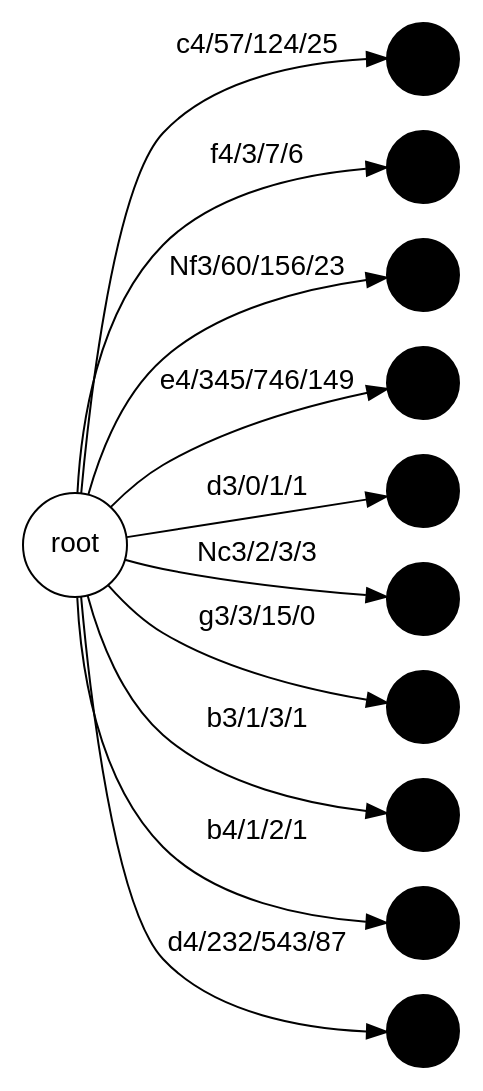
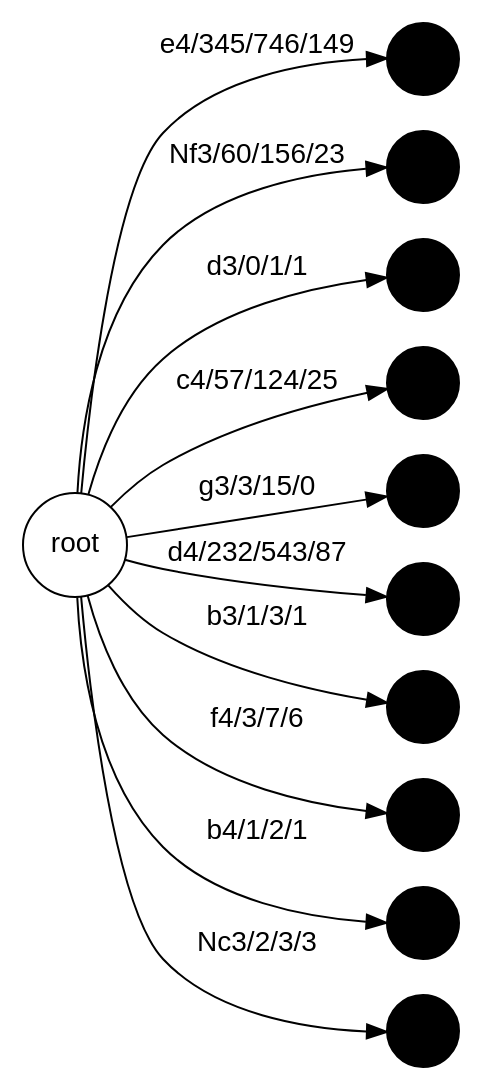
Before and after one commit to bjerkemj/chess-statistics: the diagram in allOpeningsTree.dot, drawn with Graphviz. The commit also changed 3 other files, not shown here.

```diff
--- a/allOpeningsTree.dot
+++ b/allOpeningsTree.dot
@@ -1,29 +1,29 @@
 digraph g {
 fontname="Helvetica,Arial,sans-serif"
 node [fontname="Helvetica,Arial,sans-serif" filledcolor = "white" label = "" style = "filled" shape = "circle" ]
 edge [fontname="Helvetica,Arial,sans-serif"]
 graph [fontsize=30 labelloc="t" label="" splines=true overlap=false rankdir = "LR"];
 ratio = auto;
-"rootW704D1600L296_VAPtOAsMMuUezRdq" [style = "filled" fillcolor = "white" label = "root"];
-"c4W57D124L25_MMBLCryvGnaggz" [style = "filled" fillcolor = "black"];
-rootW704D1600L296_VAPtOAsMMuUezRdq -> c4W57D124L25_MMBLCryvGnaggz [label = "c4/57/124/25"];
-"f4W3D7L6_QDbHMjSSxQWmkVN" [style = "filled" fillcolor = "black"];
-rootW704D1600L296_VAPtOAsMMuUezRdq -> f4W3D7L6_QDbHMjSSxQWmkVN [label = "f4/3/7/6"];
-"Nf3W60D156L23_zzaprkiCWVUESW" [style = "filled" fillcolor = "black"];
-rootW704D1600L296_VAPtOAsMMuUezRdq -> Nf3W60D156L23_zzaprkiCWVUESW [label = "Nf3/60/156/23"];
-"e4W345D746L149_ihMlSpHvaEqijv" [style = "filled" fillcolor = "black"];
-rootW704D1600L296_VAPtOAsMMuUezRdq -> e4W345D746L149_ihMlSpHvaEqijv [label = "e4/345/746/149"];
-"d3W0D1L1_mzXaISTVRI" [style = "filled" fillcolor = "black"];
-rootW704D1600L296_VAPtOAsMMuUezRdq -> d3W0D1L1_mzXaISTVRI [label = "d3/0/1/1"];
-"Nc3W2D3L3_swUcCSPAfXHtR" [style = "filled" fillcolor = "black"];
-rootW704D1600L296_VAPtOAsMMuUezRdq -> Nc3W2D3L3_swUcCSPAfXHtR [label = "Nc3/2/3/3"];
-"g3W3D15L0_DEUPSpCmmSHzYYjI" [style = "filled" fillcolor = "black"];
-rootW704D1600L296_VAPtOAsMMuUezRdq -> g3W3D15L0_DEUPSpCmmSHzYYjI [label = "g3/3/15/0"];
-"b3W1D3L1_wPEPVpUjWlHVJwof" [style = "filled" fillcolor = "black"];
-rootW704D1600L296_VAPtOAsMMuUezRdq -> b3W1D3L1_wPEPVpUjWlHVJwof [label = "b3/1/3/1"];
-"b4W1D2L1_tCjUKoxgDx" [style = "filled" fillcolor = "black"];
-rootW704D1600L296_VAPtOAsMMuUezRdq -> b4W1D2L1_tCjUKoxgDx [label = "b4/1/2/1"];
-"d4W232D543L87_yfSWGExHKJekaw" [style = "filled" fillcolor = "black"];
-rootW704D1600L296_VAPtOAsMMuUezRdq -> d4W232D543L87_yfSWGExHKJekaw [label = "d4/232/543/87"];
+"rootW704D1600L296_qCTJhUbxBEXlXfEtGF" [style = "filled" fillcolor = "white" label = "root"];
+"e4W345D746L149_QdmtCxFeXmXzBYvhlk" [style = "filled" fillcolor = "black"];
+rootW704D1600L296_qCTJhUbxBEXlXfEtGF -> e4W345D746L149_QdmtCxFeXmXzBYvhlk [label = "e4/345/746/149"];
+"Nf3W60D156L23_HGWFgpajMyepipI" [style = "filled" fillcolor = "black"];
+rootW704D1600L296_qCTJhUbxBEXlXfEtGF -> Nf3W60D156L23_HGWFgpajMyepipI [label = "Nf3/60/156/23"];
+"d3W0D1L1_QVwLpjoZWsJzo" [style = "filled" fillcolor = "black"];
+rootW704D1600L296_qCTJhUbxBEXlXfEtGF -> d3W0D1L1_QVwLpjoZWsJzo [label = "d3/0/1/1"];
+"c4W57D124L25_YwUJgdGpYS" [style = "filled" fillcolor = "black"];
+rootW704D1600L296_qCTJhUbxBEXlXfEtGF -> c4W57D124L25_YwUJgdGpYS [label = "c4/57/124/25"];
+"g3W3D15L0_IhnKDXtsyfhf" [style = "filled" fillcolor = "black"];
+rootW704D1600L296_qCTJhUbxBEXlXfEtGF -> g3W3D15L0_IhnKDXtsyfhf [label = "g3/3/15/0"];
+"d4W232D543L87_LiUQwCUBOGN" [style = "filled" fillcolor = "black"];
+rootW704D1600L296_qCTJhUbxBEXlXfEtGF -> d4W232D543L87_LiUQwCUBOGN [label = "d4/232/543/87"];
+"b3W1D3L1_TxEKPfZgjfTueRebae" [style = "filled" fillcolor = "black"];
+rootW704D1600L296_qCTJhUbxBEXlXfEtGF -> b3W1D3L1_TxEKPfZgjfTueRebae [label = "b3/1/3/1"];
+"f4W3D7L6_wioolNKYntct" [style = "filled" fillcolor = "black"];
+rootW704D1600L296_qCTJhUbxBEXlXfEtGF -> f4W3D7L6_wioolNKYntct [label = "f4/3/7/6"];
+"b4W1D2L1_xjfKNKRkBCpg" [style = "filled" fillcolor = "black"];
+rootW704D1600L296_qCTJhUbxBEXlXfEtGF -> b4W1D2L1_xjfKNKRkBCpg [label = "b4/1/2/1"];
+"Nc3W2D3L3_cHNtnDlmawMBgTo" [style = "filled" fillcolor = "black"];
+rootW704D1600L296_qCTJhUbxBEXlXfEtGF -> Nc3W2D3L3_cHNtnDlmawMBgTo [label = "Nc3/2/3/3"];
 
 }
```
